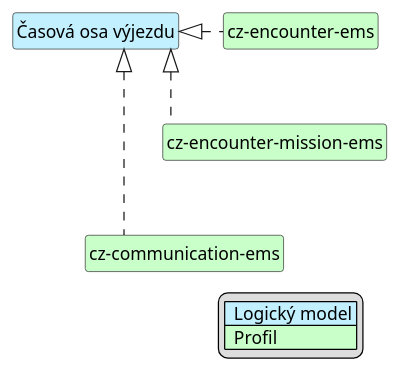
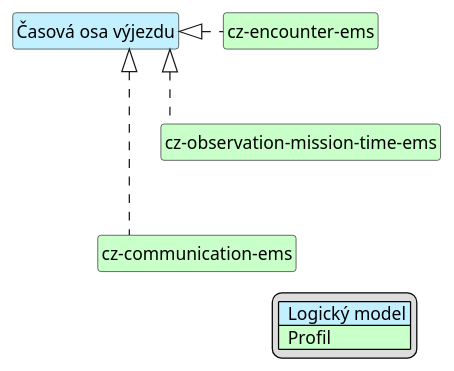
Before and after one commit to HL7-cz/cz-ems: the diagram in input/images-source/emsDispatchTimeline-map-cs.plantuml, drawn with PlantUML. The commit also changed 12 other files, not shown here.

Commit message:
Modification of the ‘encounter’ profile and its use according to the Swiss model

```diff
--- a/input/images-source/emsDispatchTimeline-map-cs.plantuml
+++ b/input/images-source/emsDispatchTimeline-map-cs.plantuml
@@ -1,29 +1,29 @@
 @startuml
 hide circle
 hide stereotype
 hide members
 hide methods
 skinparam linetype ortho
 skinparam class {
 BackgroundColor<<LogicalModel>> #APPLICATION
 BackgroundColor<<Profile>> #TECHNOLOGY
 }
 legend right
 | <#APPLICATION>  Logický model |
 | <#TECHNOLOGY>  Profil |
 endlegend
 
 class "Časová osa výjezdu" <<LogicalModel>> [[StructureDefinition-LogDispatchTimelineCz.html]]
 
 class "cz-communication-ems" <<Profile>> [[StructureDefinition-cz-communication-ems.html]]
-class "cz-encounter-mission-ems" <<Profile>> [[StructureDefinition-cz-encounter-mission-ems.html]]
+class "cz-observation-mission-time-ems" <<Profile>> [[StructureDefinition-cz-observation-mission-time-ems.html]]
 class "cz-encounter-ems" <<Profile>> [[StructureDefinition-cz-encounter-ems.html]]
 
 "Časová osa výjezdu" <|. "cz-encounter-ems"
-"Časová osa výjezdu" <|. "cz-encounter-mission-ems"
+"Časová osa výjezdu" <|. "cz-observation-mission-time-ems"
 "Časová osa výjezdu" <|. "cz-communication-ems"
 
-"cz-encounter-ems" -d[hidden]-> "cz-encounter-mission-ems"
-"cz-encounter-mission-ems" -d[hidden]-> "cz-communication-ems"
+"cz-encounter-ems" -d[hidden]-> "cz-observation-mission-time-ems"
+"cz-observation-mission-time-ems" -d[hidden]-> "cz-communication-ems"
 
 @enduml
```
